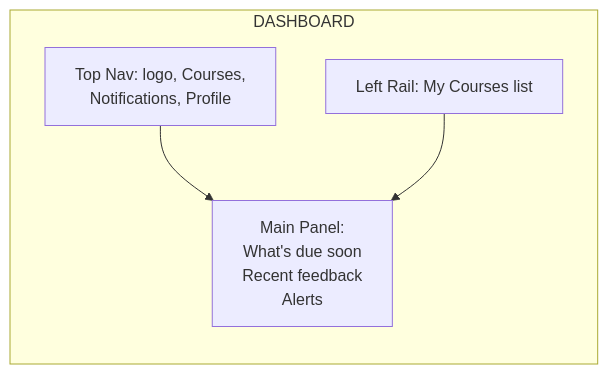
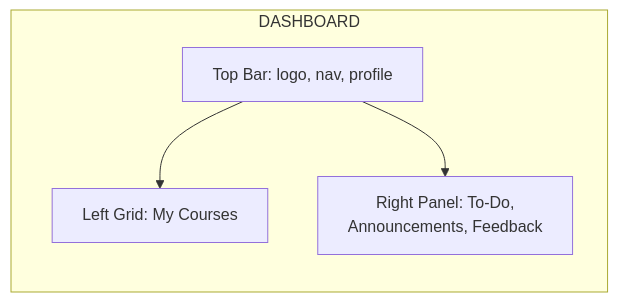
The first of 5 diagrams in apps/docs/public/wireframes.md (bzlatin/f25-cisc474-individual), drawn with Mermaid before and after one commit. The commit also changed other lines of this file and 4 other files, not shown here.

````diff
--- a/apps/docs/public/wireframes.md
+++ b/apps/docs/public/wireframes.md
@@ -9,11 +9,11 @@
 ```mermaid
 flowchart LR
   subgraph DASHBOARD
-    A[Top Nav: logo, Courses,
-    Notifications, Profile]
-    B[Left Rail: My Courses list]
-    C[Main Panel:<br/>What's due soon<br/>Recent feedback<br/>Alerts]
+    A[Top Bar: logo, nav, profile]
+    B[Left Grid: My Courses]
+    C[Right Panel: To-Do,
+    Announcements, Feedback]
   end
+  A --> B
   A --> C
-  B --> C
 ```
````
